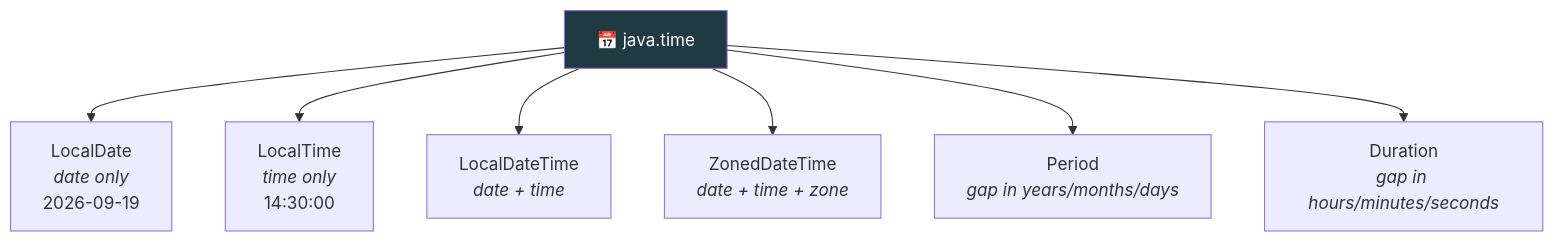
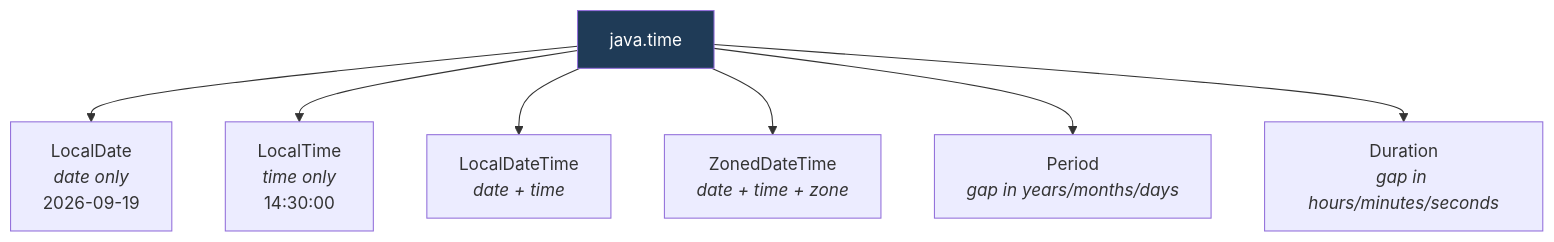
The diagram in src/Theory/12-Java-8-Features/08-Date-and-Time-API.md (kundankumarsharma56/Leaning-Java), drawn with Mermaid before and after one commit. The commit also changed other lines of this file and 84 other files, not shown here.

````diff
--- a/src/Theory/12-Java-8-Features/08-Date-and-Time-API.md
+++ b/src/Theory/12-Java-8-Features/08-Date-and-Time-API.md
@@ -21,10 +21,10 @@
 ```mermaid
 flowchart TD
-    T["📅 java.time"] --> LD["LocalDate<br/><i>date only</i><br/>2026-09-19"]
+    T["java.time"] --> LD["LocalDate<br/><i>date only</i><br/>2026-09-19"]
     T --> LT["LocalTime<br/><i>time only</i><br/>14:30:00"]
     T --> LDT["LocalDateTime<br/><i>date + time</i>"]
     T --> ZDT["ZonedDateTime<br/><i>date + time + zone</i>"]
     T --> P["Period<br/><i>gap in years/months/days</i>"]
     T --> D["Duration<br/><i>gap in hours/minutes/seconds</i>"]
-    style T fill:#203a43,color:#fff
+    style T fill:#1f3b57,color:#fff
 ```
````
